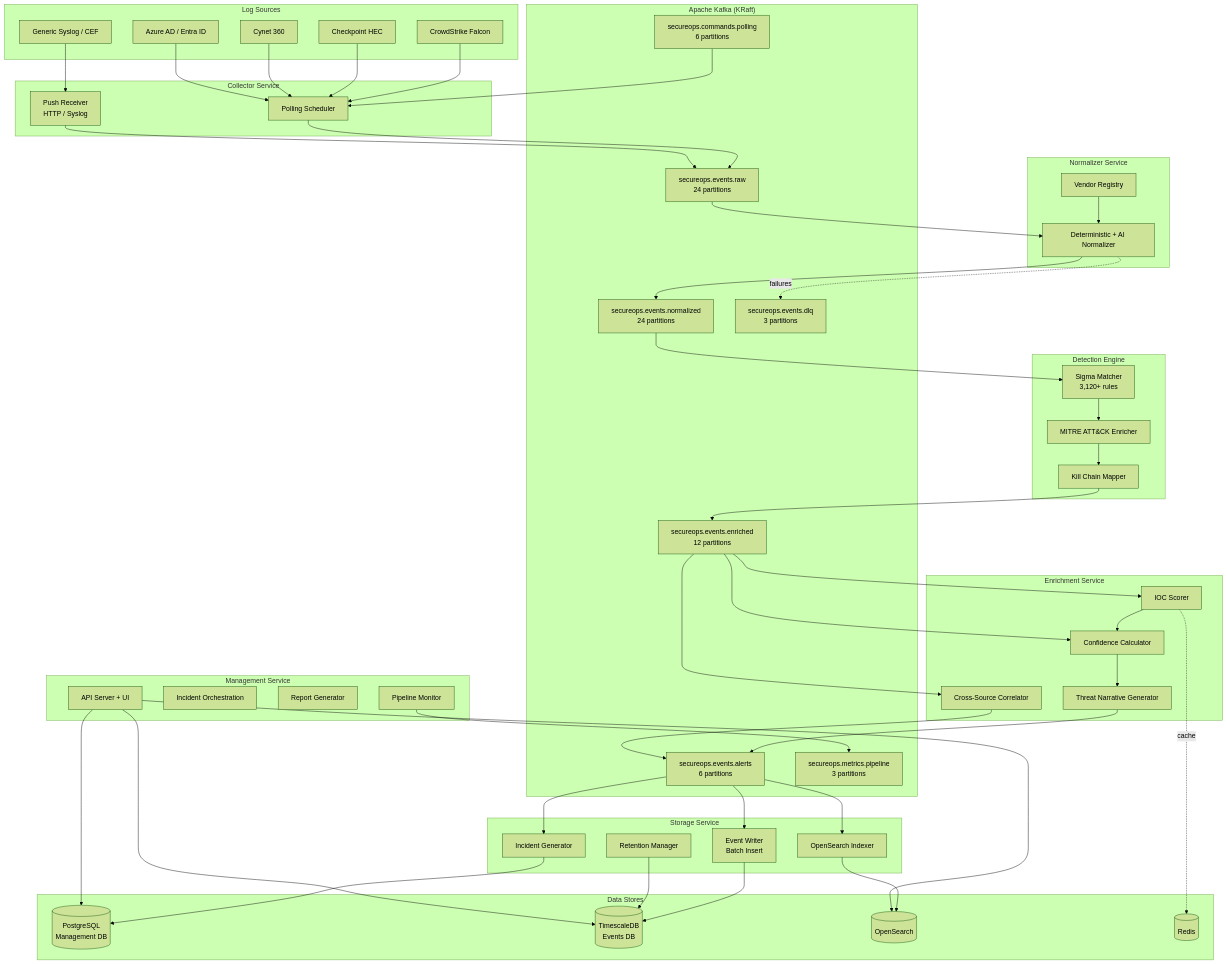
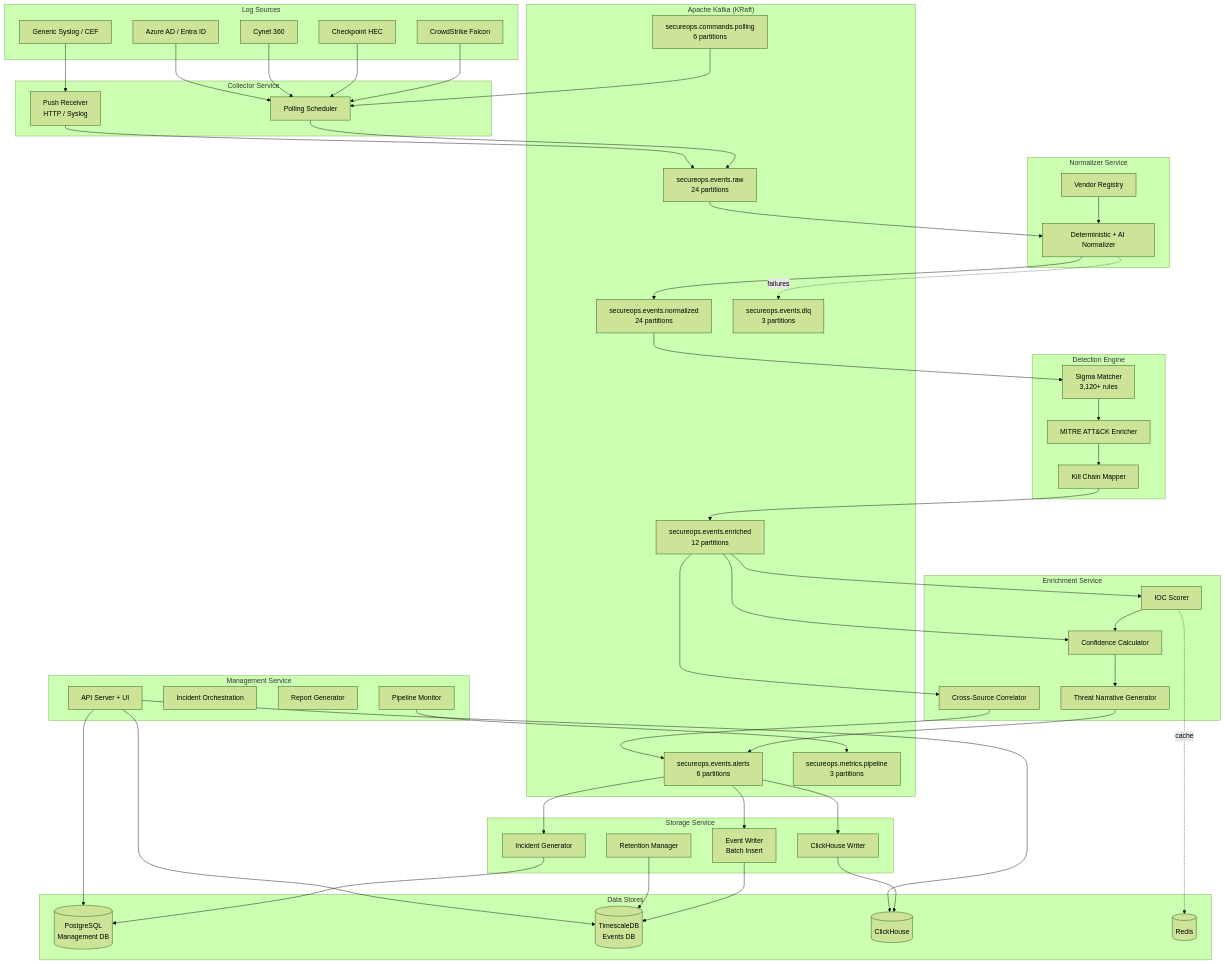
One commit to dufense/CyInsight changed the diagram in ARCHITECTURE.microservices.md. Above: the diagram before and after it, drawn with Mermaid (forest theme). The commit also changed other lines of this file and 133 other files, not shown here.

```diff
--- a/ARCHITECTURE.microservices.md
+++ b/ARCHITECTURE.microservices.md
@@ -64,7 +64,7 @@
     subgraph "Storage Service"
         EW[Event Writer<br/>Batch Insert]
         IG[Incident Generator]
-        OSI[OpenSearch Indexer]
+        CHW[ClickHouse Writer]
         RET[Retention Manager]
     end
 
@@ -78,7 +78,7 @@
     subgraph "Data Stores"
         PG_M[(PostgreSQL<br/>Management DB)]
         PG_D[(TimescaleDB<br/>Events DB)]
-        OS[(OpenSearch)]
+        CH[(ClickHouse)]
         REDIS[(Redis)]
     end
 
@@ -101,15 +101,15 @@
     CORR --> T_ALERT
     IOC -.->|cache| REDIS
 
-    T_ALERT --> EW & IG & OSI
+    T_ALERT --> EW & IG & CHW
     EW --> PG_D
     IG --> PG_M
-    OSI --> OS
+    CHW --> CH
     RET --> PG_D
 
     API --> PG_M
     API --> PG_D
-    API --> OS
+    API --> CH
     PIPE --> T_MET
 
     T_CMD --> POLL
```
